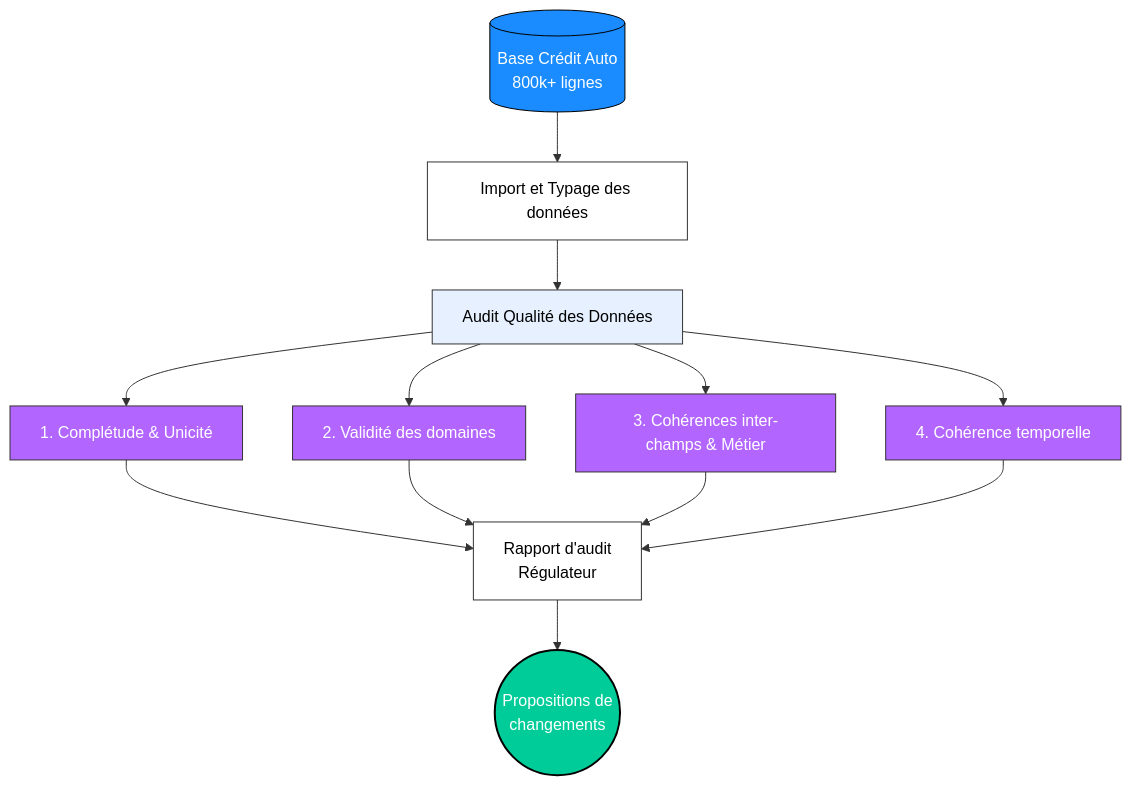
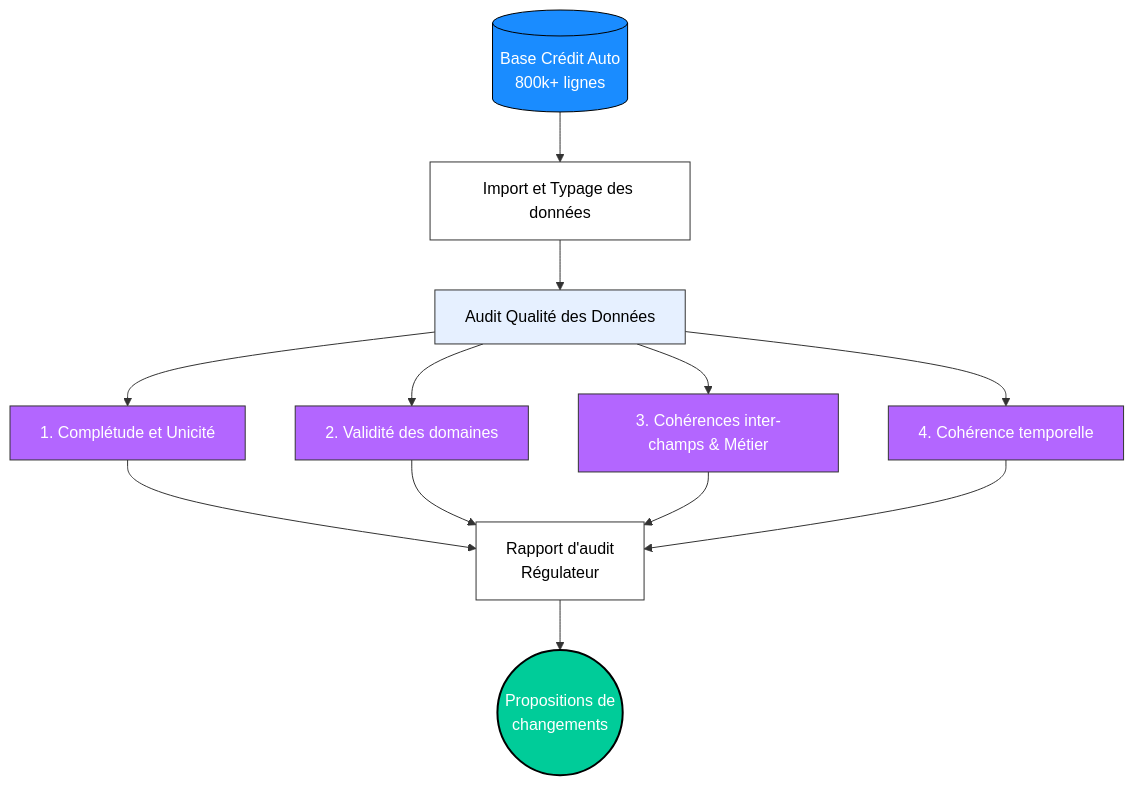
Before and after one commit to EnzoL987/Credit_Auto_Data_Quality_Audit_Econ: the diagram in README.md, drawn with Mermaid. The commit also changed other lines of this file, not shown here.

First line of the commit message:
Fix formatting in Overall Architecture section

````diff
--- a/README.md
+++ b/README.md
@@ -14,29 +18,29 @@
 ```mermaid 
 graph TD
     %% Source
     A[(Base Crédit Auto<br/>800k+ lignes)]:::blue --> B[Import et Typage des données]:::white
 
     %% Audit des 6 dimensions
     B --> C[Audit Qualité des Données]:::light
     
-    C --> D[1. Complétude & Unicité]:::purple
+    C --> D[1. Complétude et Unicité]:::purple
     C --> E[2. Validité des domaines]:::purple
     C --> F[3. Cohérences inter-champs & Métier]:::purple
     C --> G[4. Cohérence temporelle]:::purple
 
     %% Rapport
     D --> H[Rapport d'audit<br/>Régulateur]:::white
     E --> H
     F --> H
     G --> H
 
     %% Livrable final / Recommandations
     H --> I((Propositions de<br/>changements)):::green
 
     %% Styles
     classDef blue fill:#1a8cff,stroke:#000,stroke-width:1px,color:#fff;
     classDef white fill:#ffffff,stroke:#333,stroke-width:1px,color:#000;
     classDef light fill:#e6f0ff,stroke:#333,stroke-width:1px,color:#000;
     classDef purple fill:#b366ff,stroke:#333,stroke-width:1px,color:#fff;
     classDef green fill:#00cc99,stroke:#000,stroke-width:2px,color:#fff;
 ```
````
